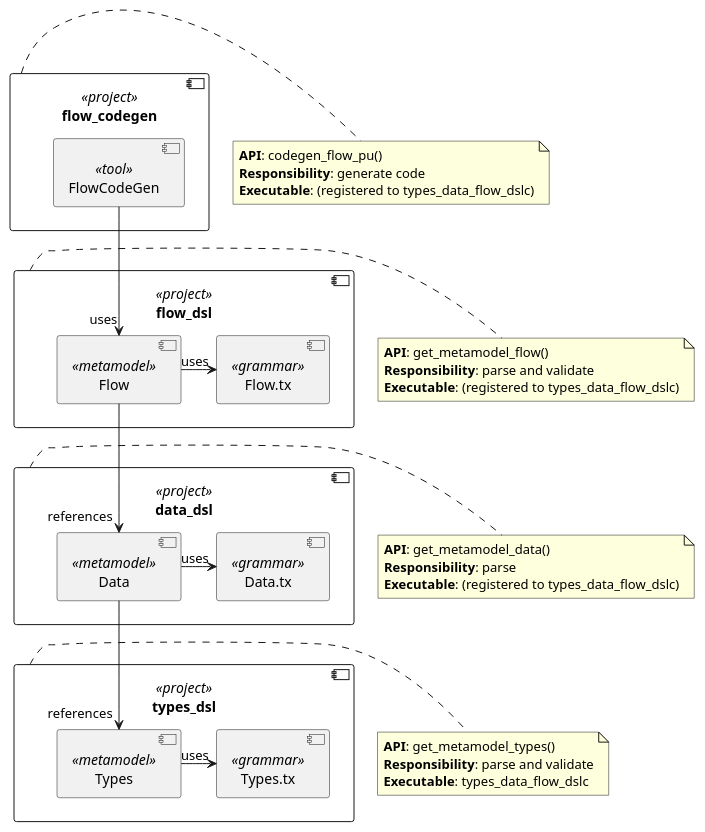
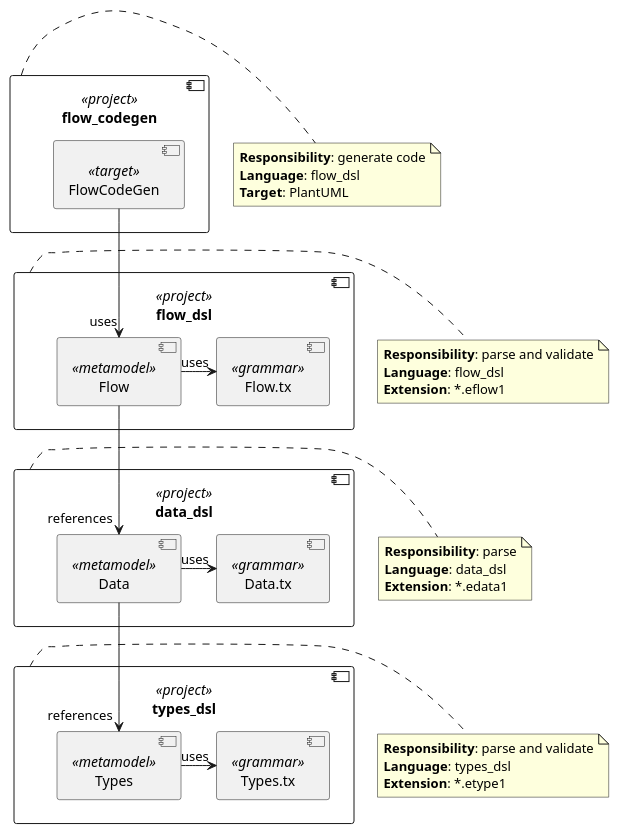
Before and after one commit to textX/textx-multi-metamodel-example: the diagram in images/types_data_flow_01.pu, drawn with PlantUML. The commit also changed 86 other files, not shown here.

```diff
--- a/images/types_data_flow_01.pu
+++ b/images/types_data_flow_01.pu
@@ -1,56 +1,56 @@
 @startuml
 
 component types_dsl <<project>> {
 	component Types <<metamodel>> as Types
 	component Types.tx <<grammar>> as TypesG
 }
 note as TypesNote
-**API**: get_metamodel_types()
 **Responsibility**: parse and validate
-**Executable**: types_data_flow_dslc
+**Language**: types_dsl
+**Extension**: *.etype1
 end note
 
 component data_dsl <<project>> {
 	component Data <<metamodel>> as Data
 	component Data.tx <<grammar>> as DataG
 }
 note as DataNote
-**API**: get_metamodel_data()
 **Responsibility**: parse
-**Executable**: (registered to types_data_flow_dslc)
+**Language**: data_dsl
+**Extension**: *.edata1
 end note
 
 component flow_dsl <<project>> {
 	component Flow <<metamodel>> as Flow
 	component Flow.tx <<grammar>> as FlowG
 }
 note as FlowNote
-**API**: get_metamodel_flow()
 **Responsibility**: parse and validate
-**Executable**: (registered to types_data_flow_dslc)
+**Language**: flow_dsl
+**Extension**: *.eflow1
 end note
 
 component flow_codegen <<project>> {
-	component FlowCodeGen <<tool>> as FlowCodeGen
+	component FlowCodeGen <<target>> as FlowCodeGen
 }
 note as FlowCodeGenNote
-**API**: codegen_flow_pu()
 **Responsibility**: generate code
-**Executable**: (registered to types_data_flow_dslc)
+**Language**: flow_dsl
+**Target**: PlantUML
 end note
 
 
 types_dsl . TypesNote
 data_dsl . DataNote
 flow_dsl . FlowNote
 flow_codegen . FlowCodeGenNote
 
 Data --> "references" Types
 Flow --> "references" Data
 
 Types -> "uses" TypesG
 Data -> "uses" DataG
 Flow -> "uses" FlowG
 FlowCodeGen --> "uses" Flow
 
 @enduml
```
